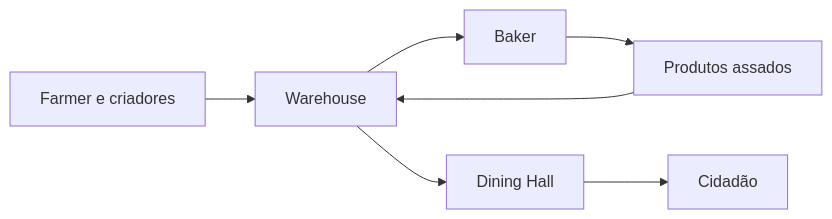
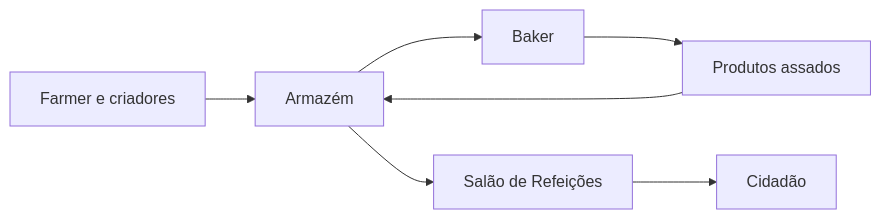
The third of 3 diagrams in content/05 - Alimentação/Cadeias alimentares.md (addandias/minecolonies-vault), drawn with Mermaid before and after one commit. The commit also changed other lines of this file and 127 other files, not shown here.

````diff
--- a/content/05 - Alimentação/Cadeias alimentares.md
+++ b/content/05 - Alimentação/Cadeias alimentares.md
@@ -42,9 +42,9 @@
 ```mermaid
 flowchart LR
-    A["Farmer e criadores"] --> B["Warehouse"]
+    A["Farmer e criadores"] --> B["Armazém"]
     B --> C["Baker"]
     C --> D["Produtos assados"]
     D --> B
-    B --> E["Dining Hall"]
+    B --> E["Salão de Refeições"]
     E --> F["Cidadão"]
 ```
````
